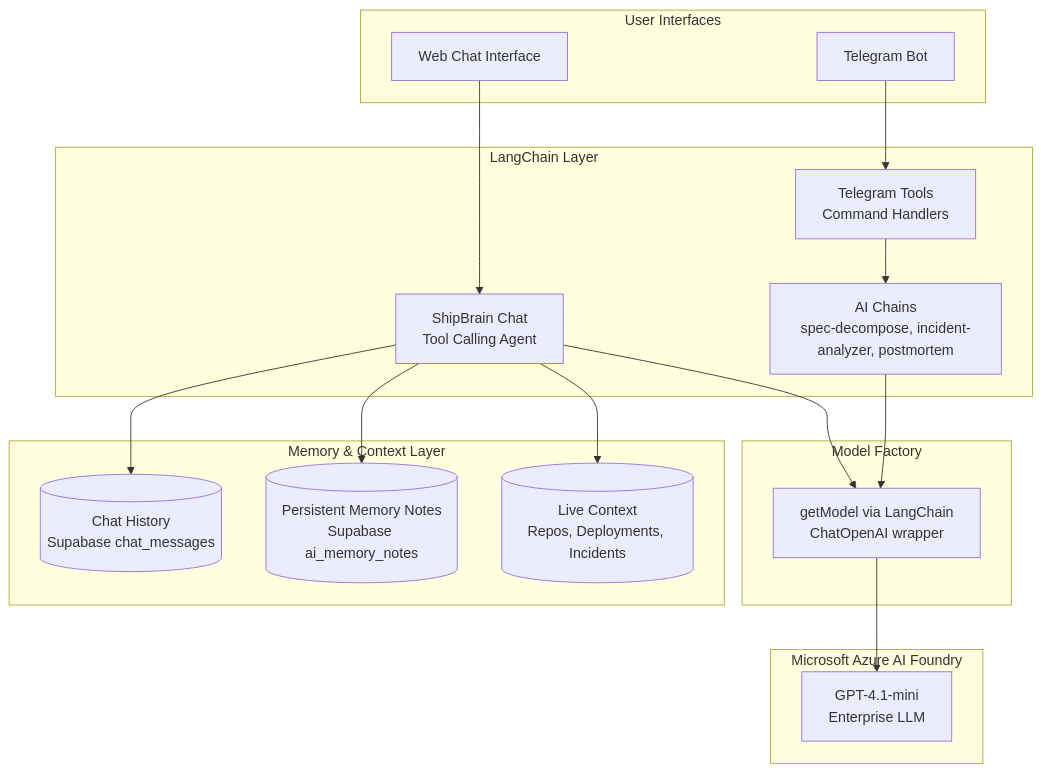
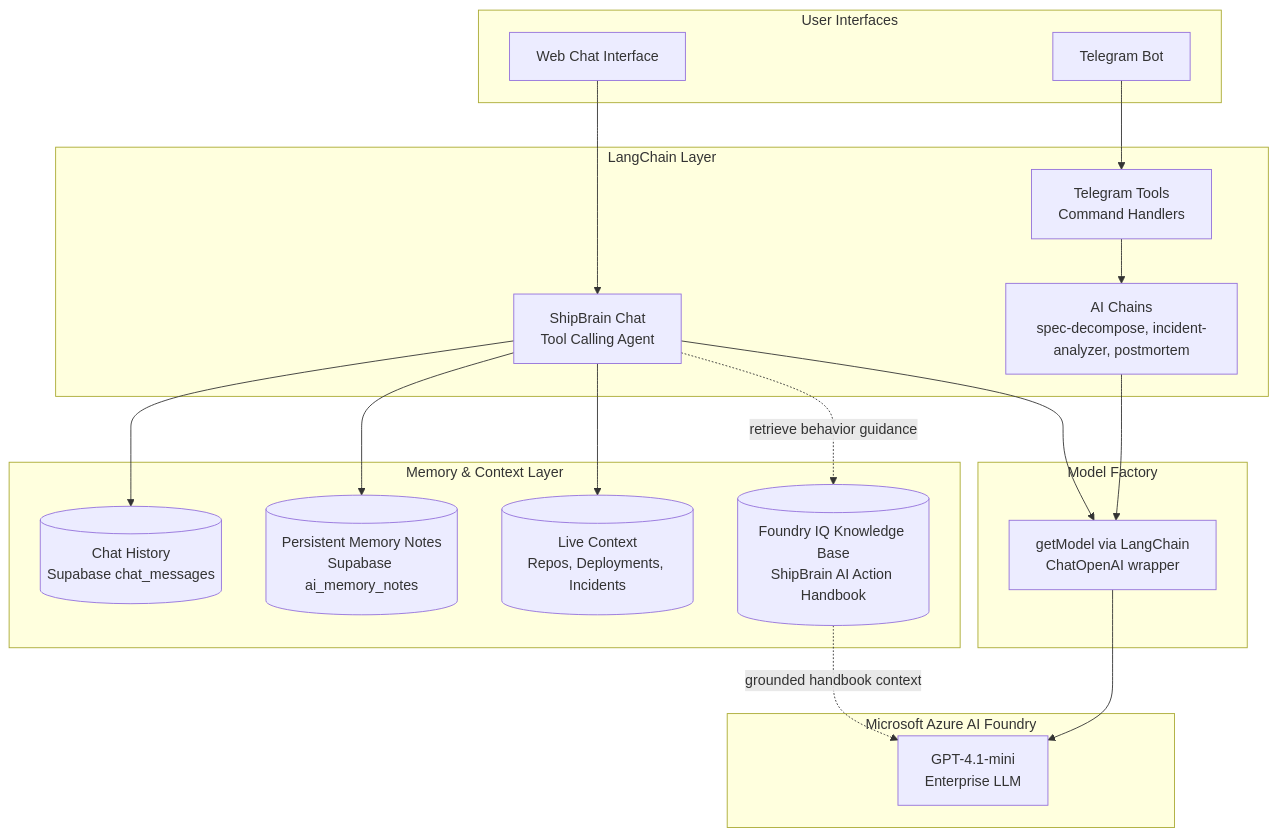
One commit to JeevantheDev/ShipBrain changed diagram 15 of 19 in SHIPBRAIN_PRD_FINAL.md. Above: the diagram before and after it, drawn with Mermaid. The commit also changed other lines of this file, not shown here.

````diff
--- a/SHIPBRAIN_PRD_FINAL.md
+++ b/SHIPBRAIN_PRD_FINAL.md
@@ -676,39 +681,42 @@
 ```mermaid
 flowchart TB
     subgraph "User Interfaces"
         CHAT[Web Chat Interface]
         TG[Telegram Bot]
     end
 
     subgraph "Memory & Context Layer"
         HIST[(Chat History<br/>Supabase chat_messages)]
         MEM[(Persistent Memory Notes<br/>Supabase ai_memory_notes)]
         CTX[(Live Context<br/>Repos, Deployments, Incidents)]
+        KB[(Foundry IQ Knowledge Base<br/>ShipBrain AI Action Handbook)]
     end
 
     subgraph "LangChain Layer"
         SC[ShipBrain Chat<br/>Tool Calling Agent]
         TOOLS[Telegram Tools<br/>Command Handlers]
         CHAINS[AI Chains<br/>spec-decompose, incident-analyzer, postmortem]
     end
 
     subgraph "Model Factory"
         MF[getModel via LangChain<br/>ChatOpenAI wrapper]
     end
 
     subgraph "Microsoft Azure AI Foundry"
         AF[GPT-4.1-mini<br/>Enterprise LLM]
     end
 
     CHAT --> SC
     TG --> TOOLS
     
     SC --> HIST
     SC --> MEM
     SC --> CTX
+    SC -. retrieve behavior guidance .-> KB
     
     SC --> MF
     TOOLS --> CHAINS
     CHAINS --> MF
+    KB -. grounded handbook context .-> AF
     MF --> AF
 ```
````
